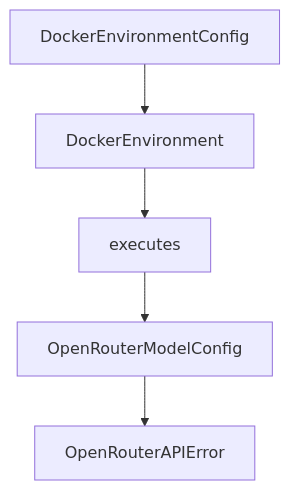
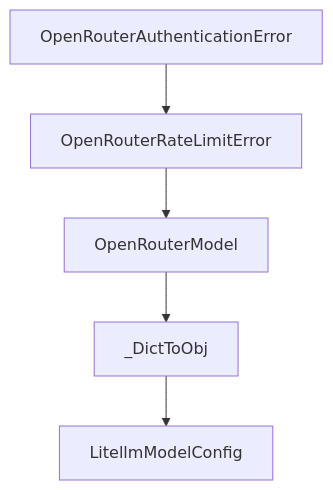
Before and after one commit to johnxie/awesome-code-docs: the diagram in tutorials/mini-swe-agent-tutorial/03-cli-batch-and-inspector-workflows.md, drawn with Mermaid. The commit also changed other lines of this file and 1232 other files, not shown here.

````diff
--- a/tutorials/mini-swe-agent-tutorial/03-cli-batch-and-inspector-workflows.md
+++ b/tutorials/mini-swe-agent-tutorial/03-cli-batch-and-inspector-workflows.md
@@ -212,12 +210,12 @@
 ```mermaid
 flowchart TD
-    A[DockerEnvironmentConfig]
-    B[DockerEnvironment]
-    C[executes]
-    D[OpenRouterModelConfig]
-    E[OpenRouterAPIError]
+    A[OpenRouterAuthenticationError]
+    B[OpenRouterRateLimitError]
+    C[OpenRouterModel]
+    D[_DictToObj]
+    E[LitellmModelConfig]
     A --> B
     B --> C
     C --> D
     D --> E
 ```
````
